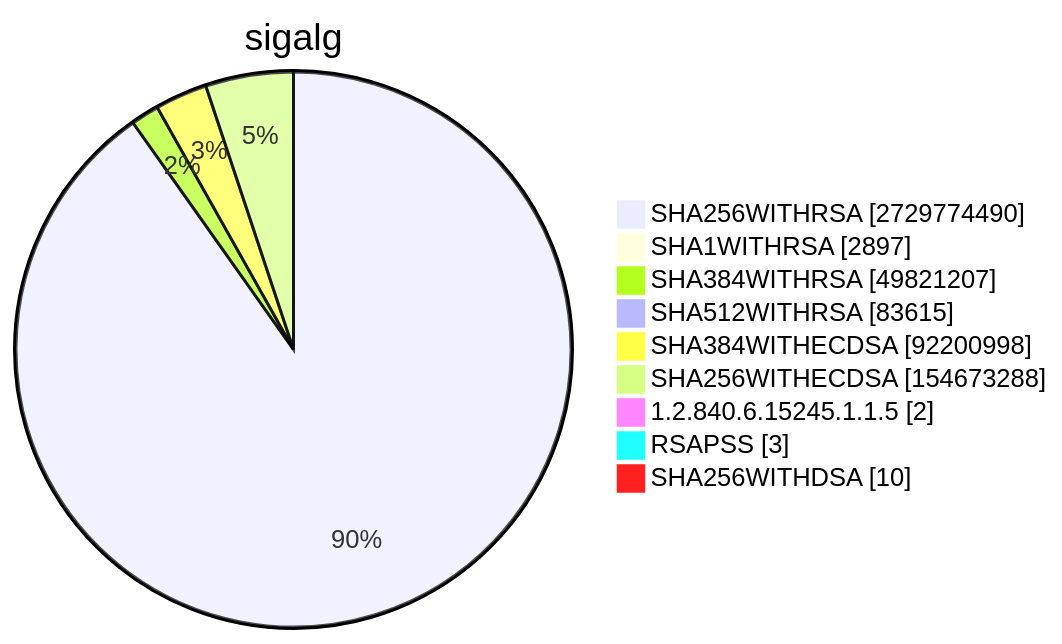
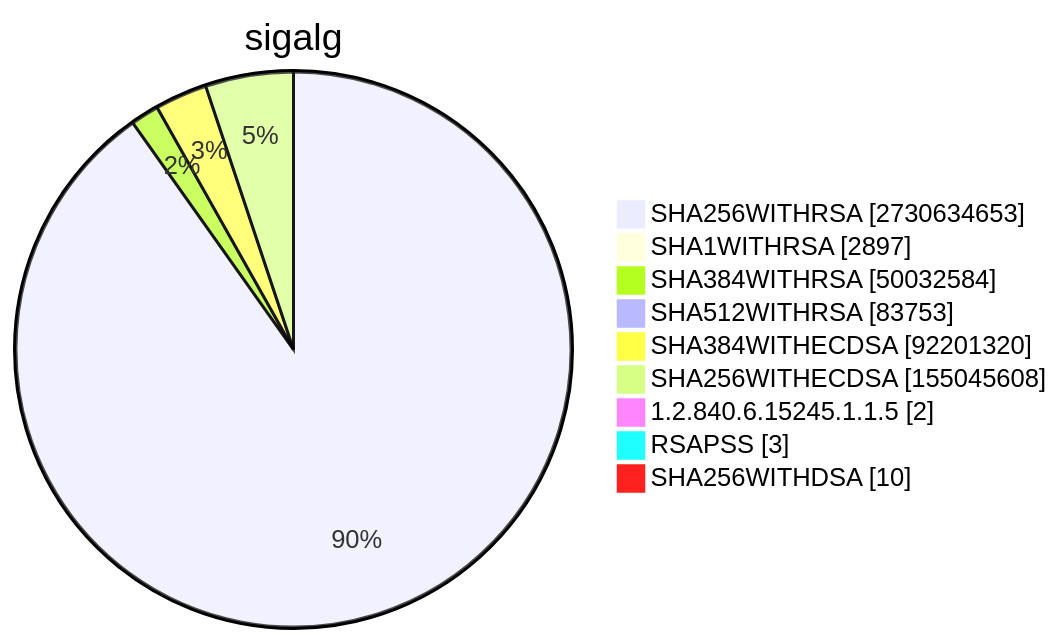
Diagram 15 of 15 in TOTAL/README.md (christiankrug/ctmonitor_visualization), drawn with Mermaid before and after one commit. The commit also changed other lines of this file, not shown here.

````diff
--- a/TOTAL/README.md
+++ b/TOTAL/README.md
@@ -6198,13 +6198,13 @@
 ```mermaid
 pie showData
 title sigalg
-"SHA256WITHRSA" :2729774490
+"SHA256WITHRSA" :2730634653
 "SHA1WITHRSA" :2897
-"SHA384WITHRSA" :49821207
-"SHA512WITHRSA" :83615
-"SHA384WITHECDSA" :92200998
-"SHA256WITHECDSA" :154673288
+"SHA384WITHRSA" :50032584
+"SHA512WITHRSA" :83753
+"SHA384WITHECDSA" :92201320
+"SHA256WITHECDSA" :155045608
 "1.2.840.6.15245.1.1.5" :2
 "RSAPSS" :3
 "SHA256WITHDSA" :10
 ```
````
